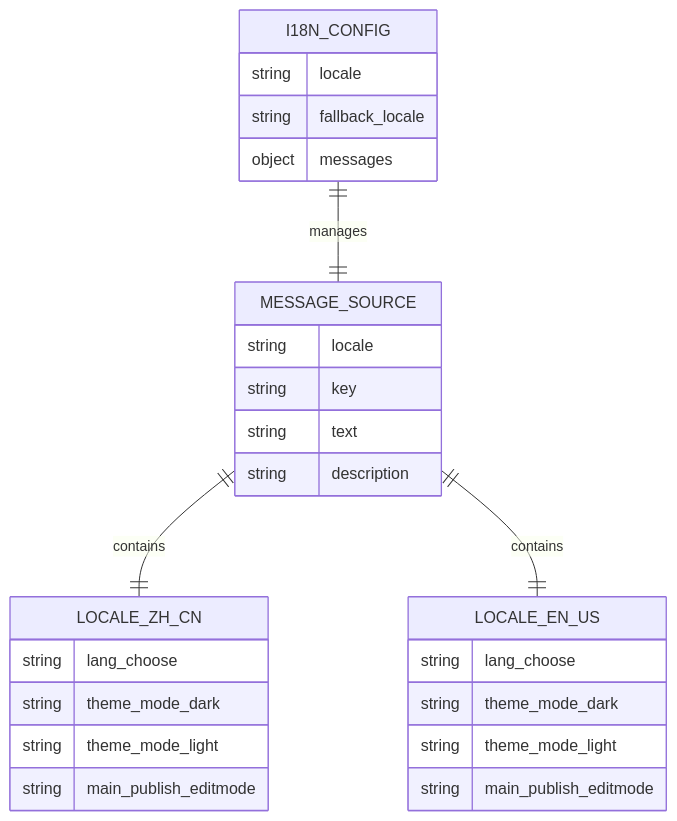
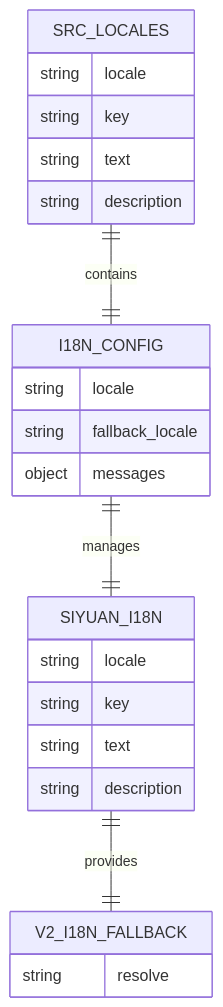
The fifth of 9 diagrams in .qoder/repowiki/zh/content/核心架构/组件架构设计/Composition API设计模式/V2 国际化组合式函数.md (terwer/siyuan-plugin-publisher), drawn with Mermaid before and after one commit. The commit also changed other lines of this file and 6 other files, not shown here.

First line of the commit message:
docs(architecture): clarify and split workspace shell component responsibilities

````diff
--- a/.qoder/repowiki/zh/content/核心架构/组件架构设计/Composition API设计模式/V2 国际化组合式函数.md
+++ b/.qoder/repowiki/zh/content/核心架构/组件架构设计/Composition API设计模式/V2 国际化组合式函数.md
@@ -203,29 +218,26 @@
 ```mermaid
 erDiagram
-MESSAGE_SOURCE {
+SIYUAN_I18N {
 string locale
 string key
 string text
 string description
 }
-LOCALE_ZH_CN {
-string lang_choose
-string theme_mode_dark
-string theme_mode_light
-string main_publish_editmode
+SRC_LOCALES {
+string locale
+string key
+string text
+string description
 }
-LOCALE_EN_US {
-string lang_choose
-string theme_mode_dark
-string theme_mode_light
-string main_publish_editmode
+V2_I18N_FALLBACK {
+string resolve
 }
 I18N_CONFIG {
 string locale
 string fallback_locale
 object messages
 }
-MESSAGE_SOURCE ||--|| LOCALE_ZH_CN : contains
-MESSAGE_SOURCE ||--|| LOCALE_EN_US : contains
-I18N_CONFIG ||--|| MESSAGE_SOURCE : manages
+SIYUAN_I18N ||--|| V2_I18N_FALLBACK : provides
+SRC_LOCALES ||--|| I18N_CONFIG : contains
+I18N_CONFIG ||--|| SIYUAN_I18N : manages
 ```
````
